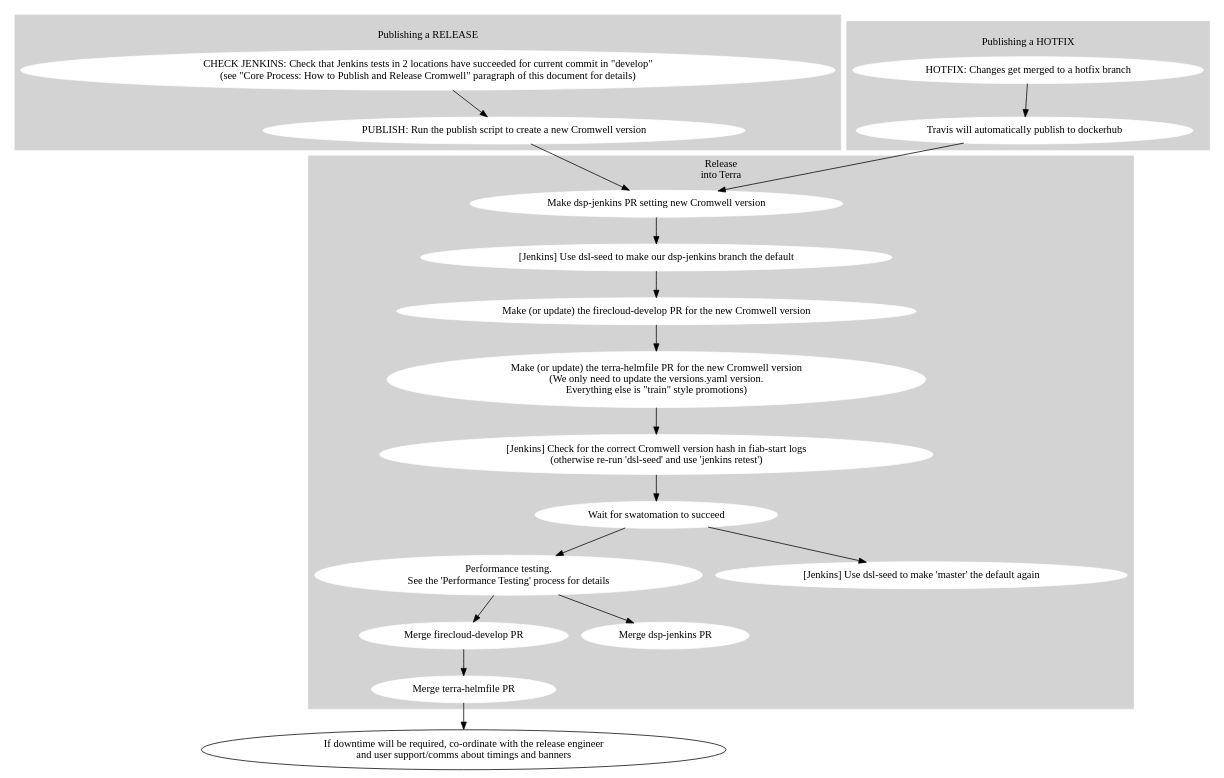
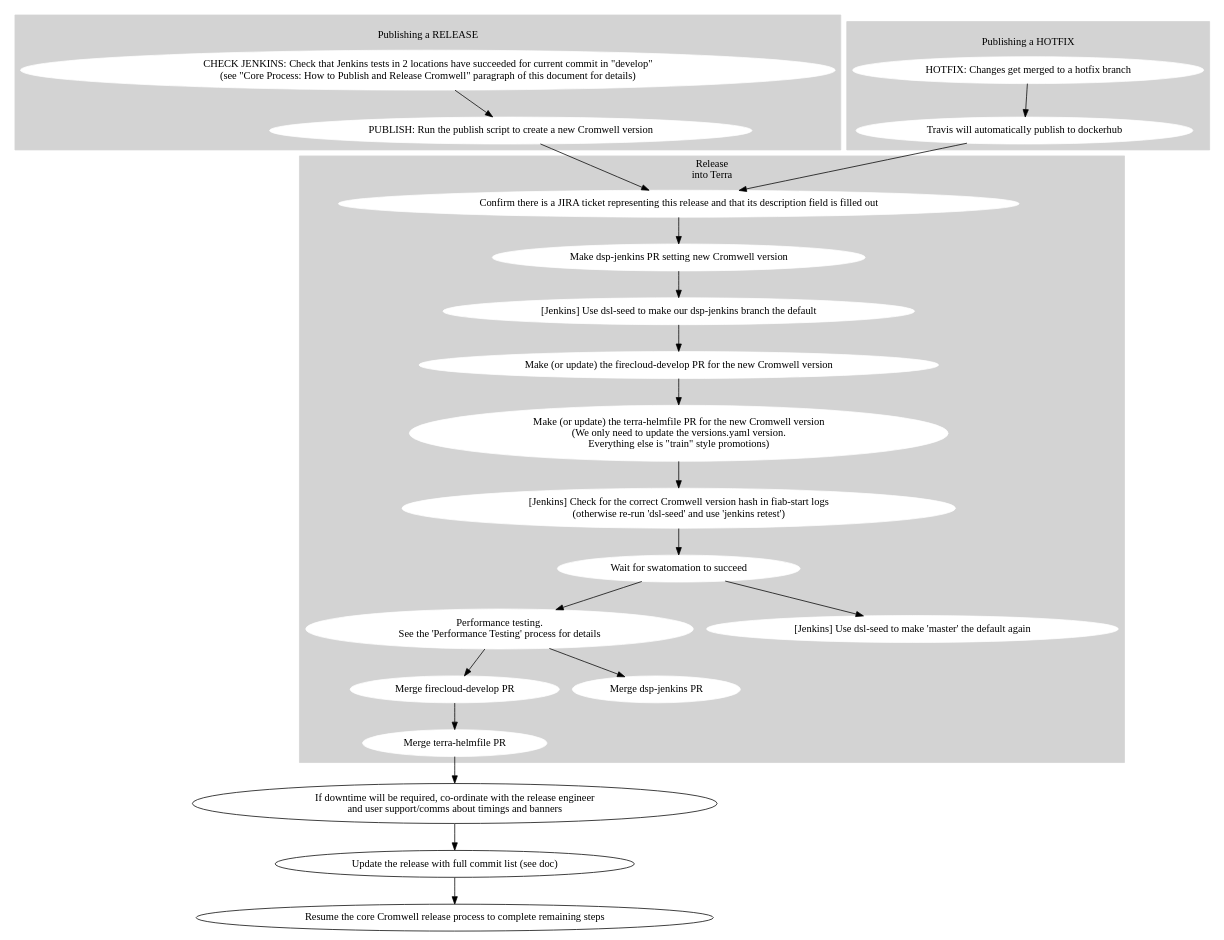
Before and after one commit to broadinstitute/cromwell: the diagram in processes/release_processes/firecloud-develop.dot, drawn with Graphviz. The commit also changed 3 other files, not shown here.

Commit message:
Update release process documentation [BT-91] (#6160)

```diff
--- a/processes/release_processes/firecloud-develop.dot
+++ b/processes/release_processes/firecloud-develop.dot
@@ -1,76 +1,83 @@
 digraph {
 
   # Nodes
 
   subgraph cluster_0 {
     label="\lPublishing a RELEASE"
     style=filled
     node [style=filled,color=white];
     color="lightgrey"
 
     check_jenkins_tests [shape=oval label="CHECK JENKINS: Check that Jenkins tests in 2 locations have succeeded for current commit in \"develop\"\n(see \"Core Process: How to Publish and Release Cromwell\" paragraph of this document for details)"];
     release_cromwell [shape=oval label="PUBLISH: Run the publish script to create a new Cromwell version"];
   }
 
   subgraph cluster_1 {
     label="\lPublishing a HOTFIX"
     style=filled
     node [style=filled,color=white];
     color="lightgrey"
 
     hotfix_changes [shape=oval label="HOTFIX: Changes get merged to a hotfix branch"];
     publish_hotfix [shape=oval label="Travis will automatically publish to dockerhub"];
   }
 
   subgraph cluster_2 {
     label="Release\ninto Terra"
     style=filled
     node [style=filled,color=white];
     color="lightgrey"
-
+    confirm_ticket [shape="oval" label="Confirm there is a JIRA ticket representing this release and that its description field is filled out"]
     fcdev_pr [shape=oval label="Make (or update) the firecloud-develop PR for the new Cromwell version"];
     # For an example PR see https://github.com/broadinstitute/terra-helmfile/pull/550#pullrequestreview-527531319
     helmfile_pr [shape=oval label="Make (or update) the terra-helmfile PR for the new Cromwell version\n(We only need to update the versions.yaml version.\nEverything else is \"train\" style promotions)"];
     confirm_cromwell_v [shape=oval label="[Jenkins] Check for the correct Cromwell version hash in fiab-start logs\n(otherwise re-run 'dsl-seed' and use 'jenkins retest')"];
     confirm_cromwell_v [shape=oval label="[Jenkins] Check for the correct Cromwell version hash in fiab-start logs\n(otherwise re-run 'dsl-seed' and use 'jenkins retest')"];
     fcdev_success [shape=oval label="Wait for swatomation to succeed"];
 
     fcdev_merge [shape=oval label="Merge firecloud-develop PR"];
     helmfile_merge [shape=oval label="Merge terra-helmfile PR"];
 
     dspjenkins_PR [shape=oval label="Make dsp-jenkins PR setting new Cromwell version"];
     dspjenkins_merge [shape=oval label="Merge dsp-jenkins PR"];
 
     qa_perf [shape=oval label="Performance testing.\nSee the 'Performance Testing' process for details"];
 
     jenkins_set [shape=oval label="[Jenkins] Use dsl-seed to make our dsp-jenkins branch the default"];
     jenkins_reset [shape=oval label="[Jenkins] Use dsl-seed to make 'master' the default again"];
   }
 
   coordinate_release_timing [shape=oval label="If downtime will be required, co-ordinate with the release engineer\nand user support/comms about timings and banners"];
 
+  update_release_ticket [shape=oval label="Update the release with full commit list (see doc)"];
+
+  resume_core_release_process [shape=oval label="Resume the core Cromwell release process to complete remaining steps"];
+
   # Edges
   check_jenkins_tests -> release_cromwell
 
   hotfix_changes -> publish_hotfix
-  publish_hotfix -> dspjenkins_PR
+  publish_hotfix -> confirm_ticket
 
-  release_cromwell -> dspjenkins_PR
+  release_cromwell -> confirm_ticket
 
   fcdev_pr -> helmfile_pr
   helmfile_pr -> confirm_cromwell_v
 
+  confirm_ticket -> dspjenkins_PR
   dspjenkins_PR -> jenkins_set
 
   jenkins_set -> fcdev_pr
   confirm_cromwell_v -> fcdev_success
 
   fcdev_success -> jenkins_reset
   fcdev_success -> qa_perf
 
   qa_perf -> dspjenkins_merge
   qa_perf -> fcdev_merge
 
   fcdev_merge -> helmfile_merge
   helmfile_merge -> coordinate_release_timing
+  coordinate_release_timing -> update_release_ticket
+  update_release_ticket -> resume_core_release_process
 }
```
